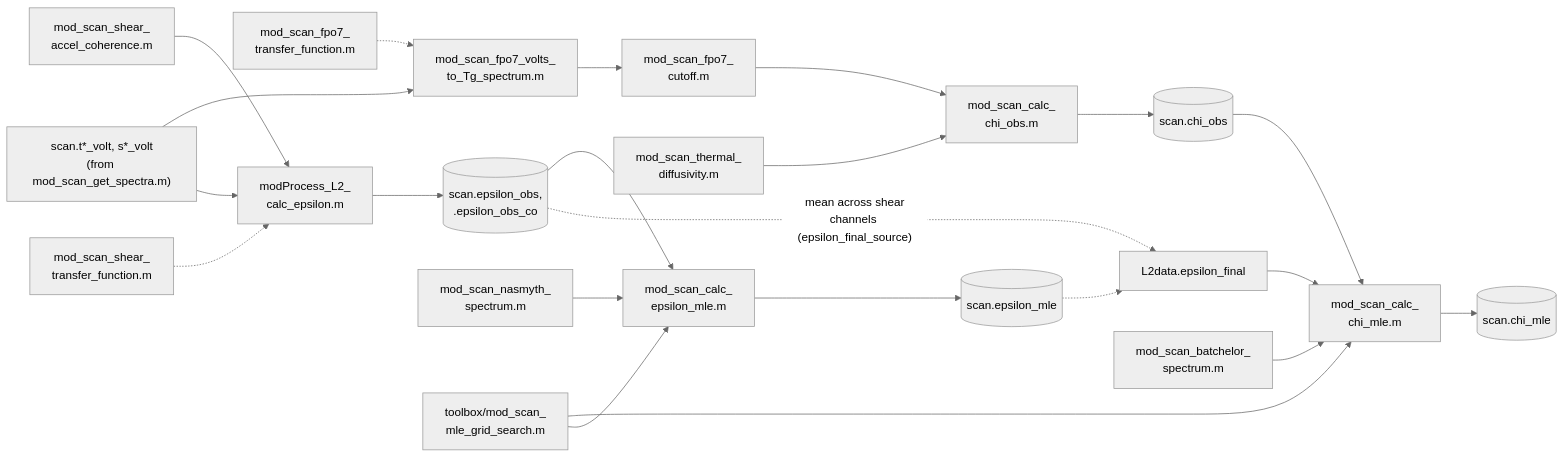
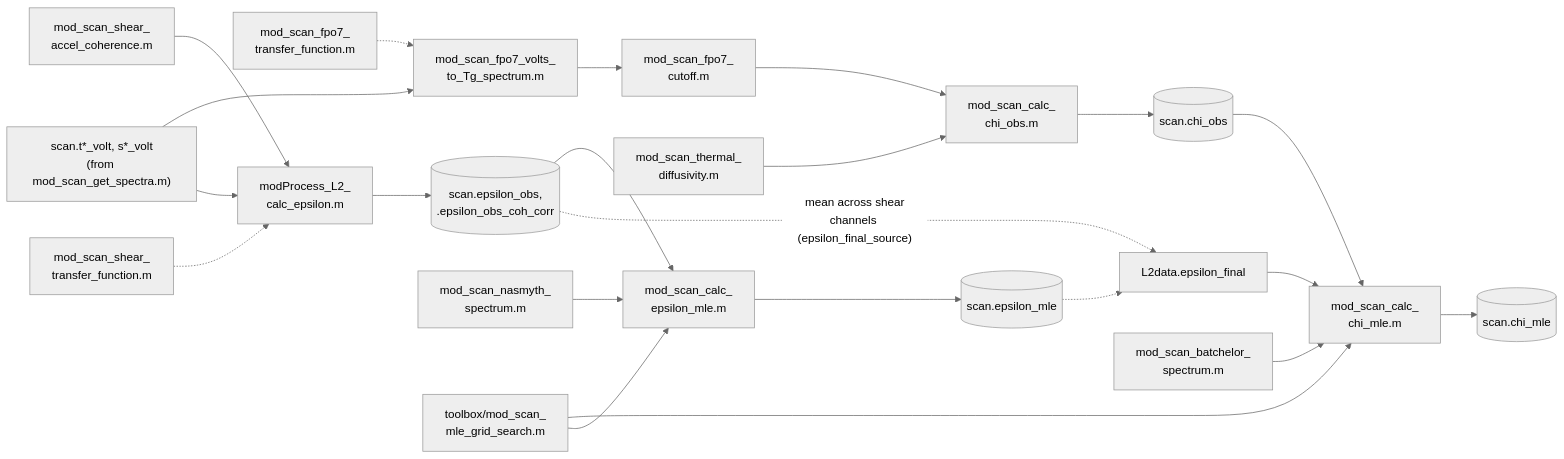
Before and after one commit to nicolecouto/MOD_fish_processing: the fourth of 4 diagrams in docs/workflow/pipeline_overview.md, drawn with Mermaid (neutral theme). The commit also changed other lines of this file and 17 other files, not shown here.

First line of the commit message:
Rename epsilon_obs_co -> epsilon_obs_coh_corr; modProcess_L2_calc_epsilon -> mod_scan_calc_epsilon

````diff
--- a/docs/workflow/pipeline_overview.md
+++ b/docs/workflow/pipeline_overview.md
@@ -170,26 +170,26 @@
 ```mermaid
 flowchart LR
   SPECIN["scan.t*_volt, s*_volt<br/>(from mod_scan_get_spectra.m)"] --> TG["mod_scan_fpo7_volts_<br/>to_Tg_spectrum.m"]
   XFER["mod_scan_fpo7_<br/>transfer_function.m"] -.-> TG
   TG --> CUTOFF["mod_scan_fpo7_<br/>cutoff.m"]
   CUTOFF --> CHIOBS["mod_scan_calc_<br/>chi_obs.m"]
   KT["mod_scan_thermal_<br/>diffusivity.m"] --> CHIOBS
   CHIOBS --> CHIOBSOUT[("scan.chi_obs")]
 
   SPECIN --> EPSPROC["modProcess_L2_<br/>calc_epsilon.m"]
   COH["mod_scan_shear_<br/>accel_coherence.m"] --> EPSPROC
   SHXFER["mod_scan_shear_<br/>transfer_function.m"] -.-> EPSPROC
-  EPSPROC --> EPSOBS[("scan.epsilon_obs,<br/>.epsilon_obs_co")]
+  EPSPROC --> EPSOBS[("scan.epsilon_obs,<br/>.epsilon_obs_coh_corr")]
   NASM["mod_scan_nasmyth_<br/>spectrum.m"] --> EPSMLE["mod_scan_calc_<br/>epsilon_mle.m"]
   EPSOBS --> EPSMLE
   EPSMLE --> EPSMLEOUT[("scan.epsilon_mle")]
 
   EPSOBS -.->|"mean across shear<br/>channels (epsilon_final_source)"| EPSFINAL["L2data.epsilon_final"]
   EPSMLEOUT -.-> EPSFINAL
   EPSFINAL --> CHIMLE["mod_scan_calc_<br/>chi_mle.m"]
   CHIOBSOUT --> CHIMLE
   BATCH["mod_scan_batchelor_<br/>spectrum.m"] --> CHIMLE
   MLEGRID["toolbox/mod_scan_<br/>mle_grid_search.m"] --> CHIMLE
   MLEGRID --> EPSMLE
   CHIMLE --> CHIMLEOUT[("scan.chi_mle")]
 ```
````
